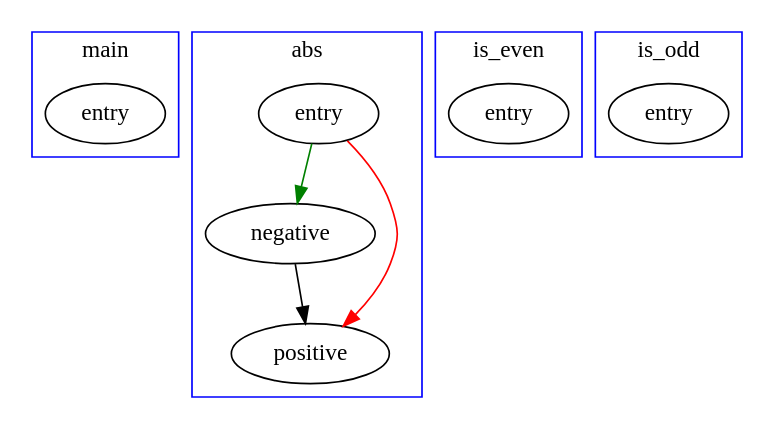
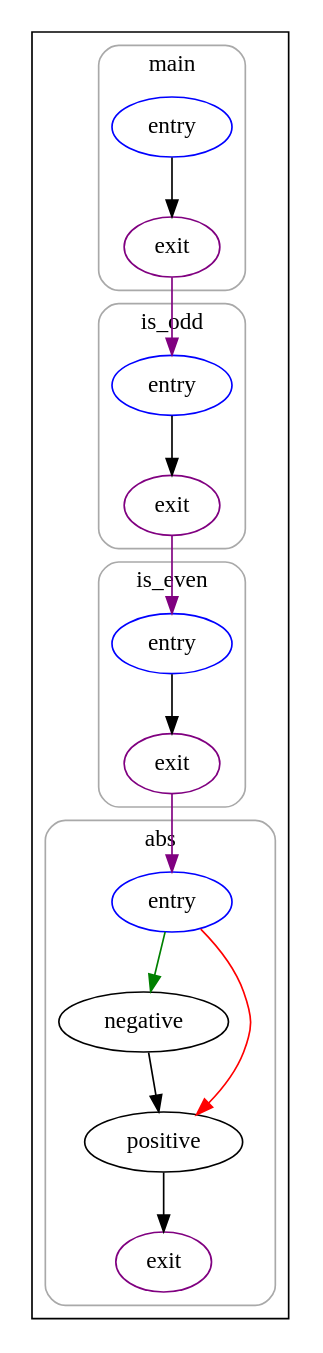
One commit to UnsignedByte/6120 changed the diagram in playground/logicless-iseven.cfg.dot. Above: the diagram before and after it, drawn with Graphviz. The commit also changed 38 other files, not shown here.

Commit message:
add call graph visualization

```diff
--- a/playground/logicless-iseven.cfg.dot
+++ b/playground/logicless-iseven.cfg.dot
@@ -1,27 +1,49 @@
 strict digraph G {
+  compound=true
   subgraph cluster_0 {
-    label="main"
-    color=blue
-    subgraph_0_node_0[label="entry",shape=oval]
-  }
-  subgraph cluster_1 {
-    label="abs"
-    color=blue
-    subgraph_1_node_0[label="entry",shape=oval]
-    subgraph_1_node_1[label="negative",shape=oval]
-    subgraph_1_node_2[label="positive",shape=oval]
-    subgraph_1_node_0 -> subgraph_1_node_1 [color=green]
-    subgraph_1_node_0 -> subgraph_1_node_2 [color=red]
-    subgraph_1_node_1 -> subgraph_1_node_2
-  }
-  subgraph cluster_2 {
-    label="is_even"
-    color=blue
-    subgraph_2_node_0[label="entry",shape=oval]
-  }
-  subgraph cluster_3 {
-    label="is_odd"
-    color=blue
-    subgraph_3_node_0[label="entry",shape=oval]
+    subgraph cluster_0_0 {
+      label="main"
+      color=darkgray
+      style=rounded
+      fillcolor=lightgray
+      cluster_0_0_0[label="entry",shape=oval,color=blue,rank=source]
+      cluster_0_0_exit[label=exit,color=purple,rank=sink]
+      cluster_0_0_0 -> cluster_0_0_exit [color=black]
+    }
+    subgraph cluster_0_1 {
+      label="abs"
+      color=darkgray
+      style=rounded
+      fillcolor=lightgray
+      cluster_0_1_0[label="entry",shape=oval,color=blue,rank=source]
+      cluster_0_1_1[label="negative",shape=oval]
+      cluster_0_1_2[label="positive",shape=oval]
+      cluster_0_1_exit[label=exit,color=purple,rank=sink]
+      cluster_0_1_0 -> cluster_0_1_1 [color=green]
+      cluster_0_1_0 -> cluster_0_1_2 [color=red]
+      cluster_0_1_1 -> cluster_0_1_2
+      cluster_0_1_2 -> cluster_0_1_exit [color=black]
+    }
+    subgraph cluster_0_2 {
+      label="is_even"
+      color=darkgray
+      style=rounded
+      fillcolor=lightgray
+      cluster_0_2_0[label="entry",shape=oval,color=blue,rank=source]
+      cluster_0_2_exit[label=exit,color=purple,rank=sink]
+      cluster_0_2_0 -> cluster_0_2_exit [color=black]
+    }
+    subgraph cluster_0_3 {
+      label="is_odd"
+      color=darkgray
+      style=rounded
+      fillcolor=lightgray
+      cluster_0_3_0[label="entry",shape=oval,color=blue,rank=source]
+      cluster_0_3_exit[label=exit,color=purple,rank=sink]
+      cluster_0_3_0 -> cluster_0_3_exit [color=black]
+    }
+    cluster_0_0_exit -> cluster_0_3_0 [color=purple]
+    cluster_0_2_exit -> cluster_0_1_0 [color=purple]
+    cluster_0_3_exit -> cluster_0_2_0 [color=purple]
   }
 }
```
